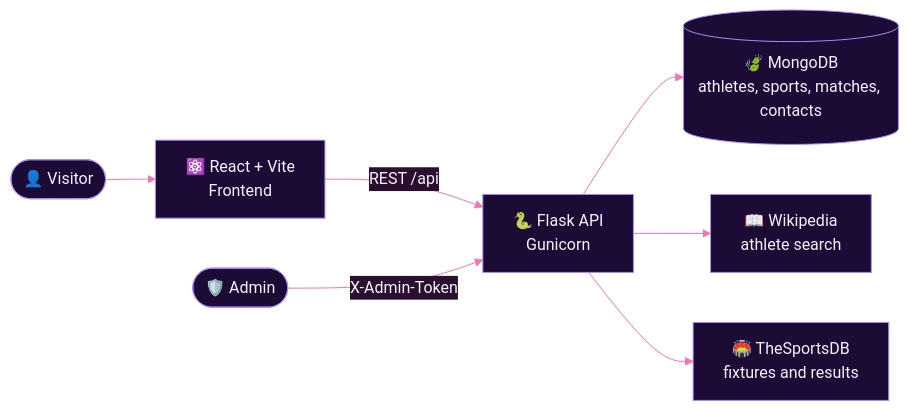
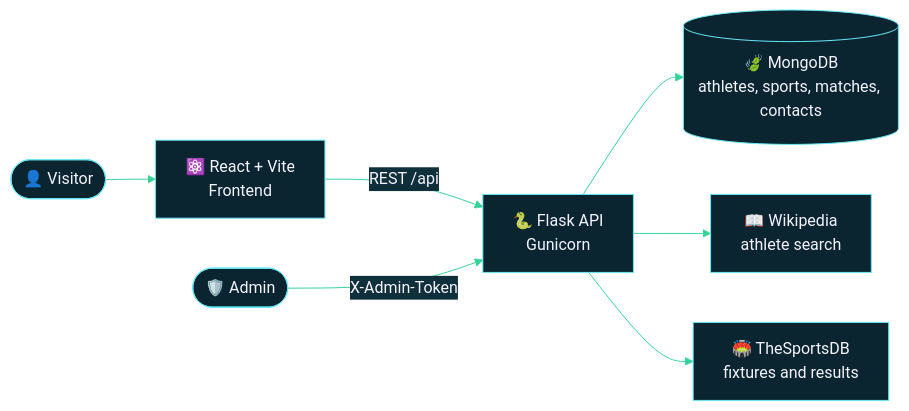
The diagram in README.md (Arunava45dev/Indian-sports-portfolio), drawn with Mermaid before and after one commit. The commit also changed other lines of this file, not shown here.

````diff
--- a/README.md
+++ b/README.md
@@ -84,10 +84,10 @@
 ```mermaid
-%%{init: {'theme':'base','themeVariables':{'primaryColor':'#1B0B35','primaryTextColor':'#F5F3FF','primaryBorderColor':'#A78BFA','lineColor':'#F472B6','secondaryColor':'#2A0F2E','tertiaryColor':'#0B0617'}}}%%
+%%{init: {'theme':'base','themeVariables':{'primaryColor':'#0B2530','primaryTextColor':'#F5F3FF','primaryBorderColor':'#67E8F9','lineColor':'#34D399','secondaryColor':'#0F2F3A','tertiaryColor':'#020617'}}}%%
 flowchart LR
     U([👤 Visitor]) --> F[⚛️ React + Vite<br/>Frontend]
     F -->|REST /api| B[🐍 Flask API<br/>Gunicorn]
     B --> D[(🍃 MongoDB<br/>athletes, sports, matches, contacts)]
     B --> W[📖 Wikipedia<br/>athlete search]
     B --> S[🏟️ TheSportsDB<br/>fixtures and results]
     A([🛡️ Admin]) -->|X-Admin-Token| B
 ```
````
